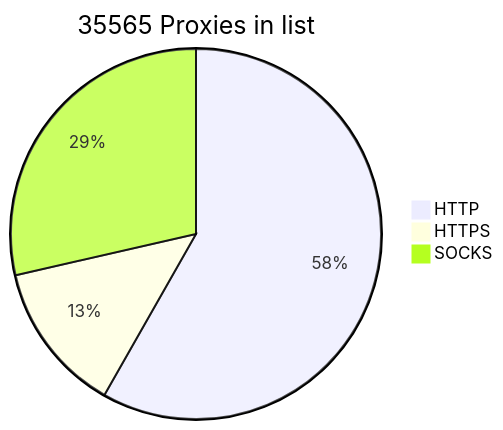
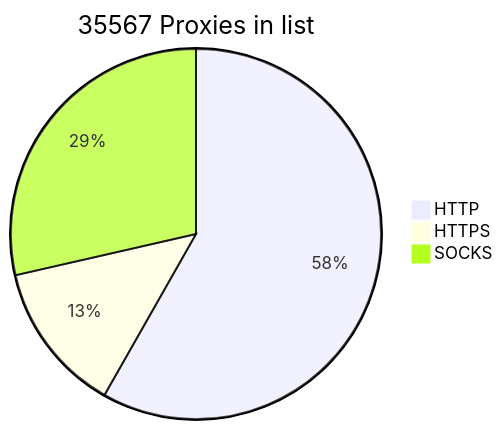
Before and after one commit to BlackSnowDot/proxylist-update-every-minute: the diagram in README.md, drawn with Mermaid.

````diff
--- a/README.md
+++ b/README.md
@@ -2,6 +2,6 @@
 ```mermaid
-pie title 35565 Proxies in list
+pie title 35567 Proxies in list
     "HTTP" : 23003
-    "HTTPS": 5212
+    "HTTPS": 5216
     "SOCKS" : 11288
 ```
````
